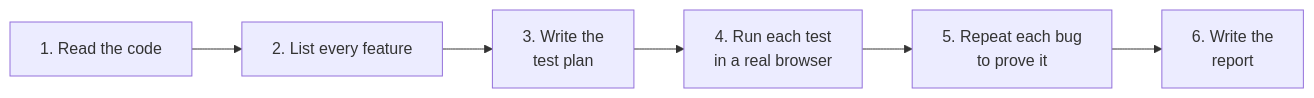
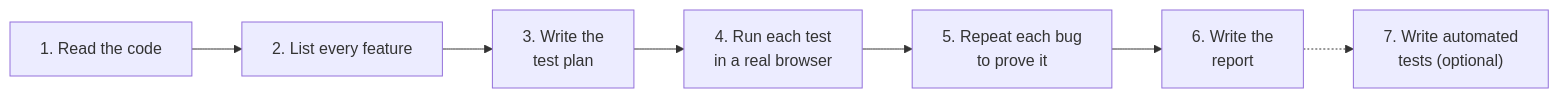
One commit to jpita/ai-qa-engineer changed the diagram in README.md. Above: the diagram before and after it, drawn with Mermaid. The commit also changed other lines of this file, not shown here.

````diff
--- a/README.md
+++ b/README.md
@@ -55,8 +57,9 @@
 ```mermaid
 flowchart LR
   A["1. Read the code"] --> B["2. List every feature"]
   B --> P["3. Write the<br/>test plan"]
   P --> C["4. Run each test<br/>in a real browser"]
   C --> D["5. Repeat each bug<br/>to prove it"]
   D --> E["6. Write the<br/>report"]
+  E -.-> F["7. Write automated<br/>tests (optional)"]
 ```
````
